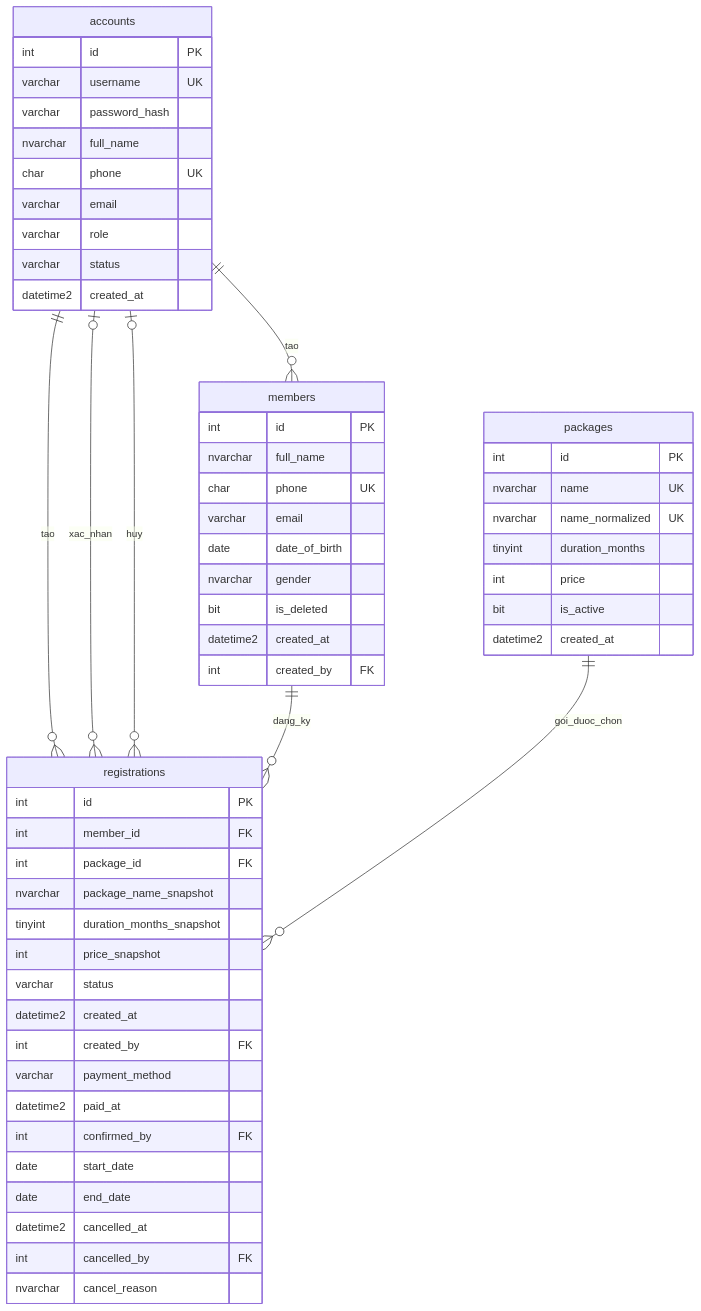
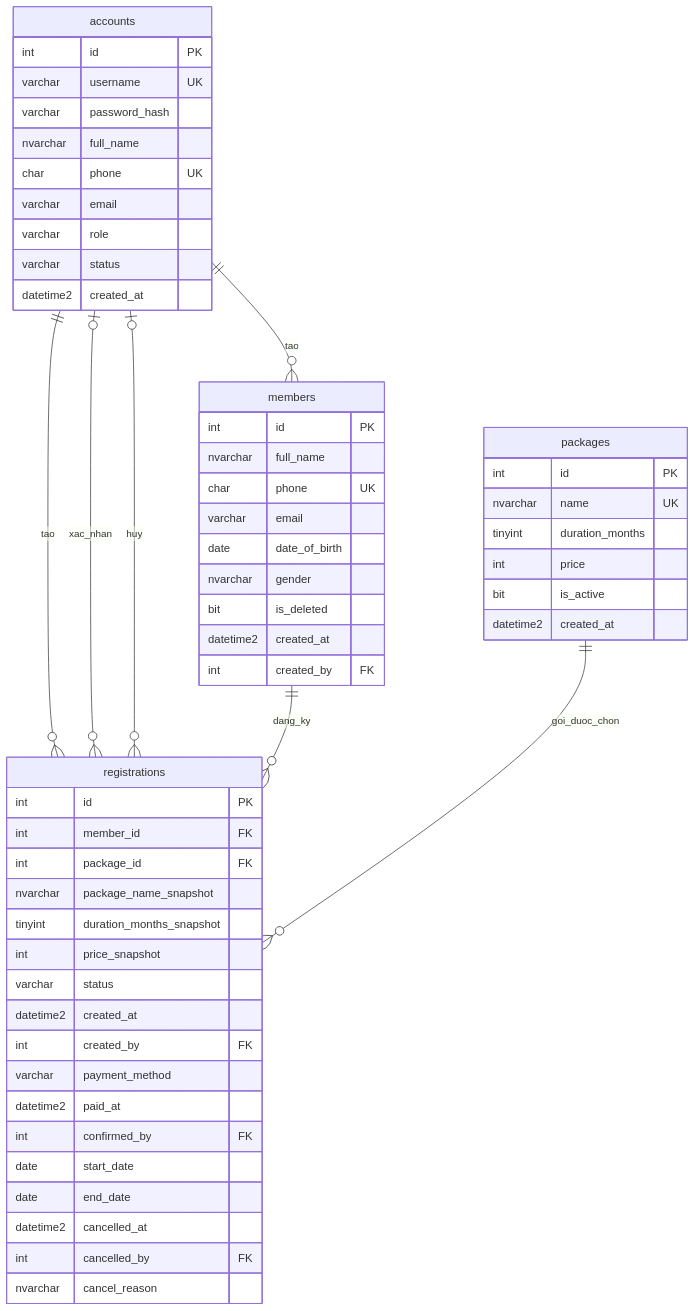
Before and after one commit to MrDonut12/gym-management: the diagram in docs/database/Database Design.md, drawn with Mermaid. The commit also changed other lines of this file and 5 other files, not shown here.

````diff
--- a/docs/database/Database Design.md
+++ b/docs/database/Database Design.md
@@ -79,59 +80,58 @@
 ```mermaid
 erDiagram
     accounts ||--o{ members : "tao"
     accounts ||--o{ registrations : "tao"
     accounts |o--o{ registrations : "xac_nhan"
     accounts |o--o{ registrations : "huy"
     members ||--o{ registrations : "dang_ky"
     packages ||--o{ registrations : "goi_duoc_chon"
     accounts {
         int id PK
         varchar username UK
         varchar password_hash
         nvarchar full_name
         char phone UK
         varchar email
         varchar role
         varchar status
         datetime2 created_at
     }
     members {
         int id PK
         nvarchar full_name
         char phone UK
         varchar email
         date date_of_birth
         nvarchar gender
         bit is_deleted
         datetime2 created_at
         int created_by FK
     }
     packages {
         int id PK
         nvarchar name UK
-        nvarchar name_normalized UK
         tinyint duration_months
         int price
         bit is_active
         datetime2 created_at
     }
     registrations {
         int id PK
         int member_id FK
         int package_id FK
         nvarchar package_name_snapshot
         tinyint duration_months_snapshot
         int price_snapshot
         varchar status
         datetime2 created_at
         int created_by FK
         varchar payment_method
         datetime2 paid_at
         int confirmed_by FK
         date start_date
         date end_date
         datetime2 cancelled_at
         int cancelled_by FK
         nvarchar cancel_reason
     }
 ```
````
